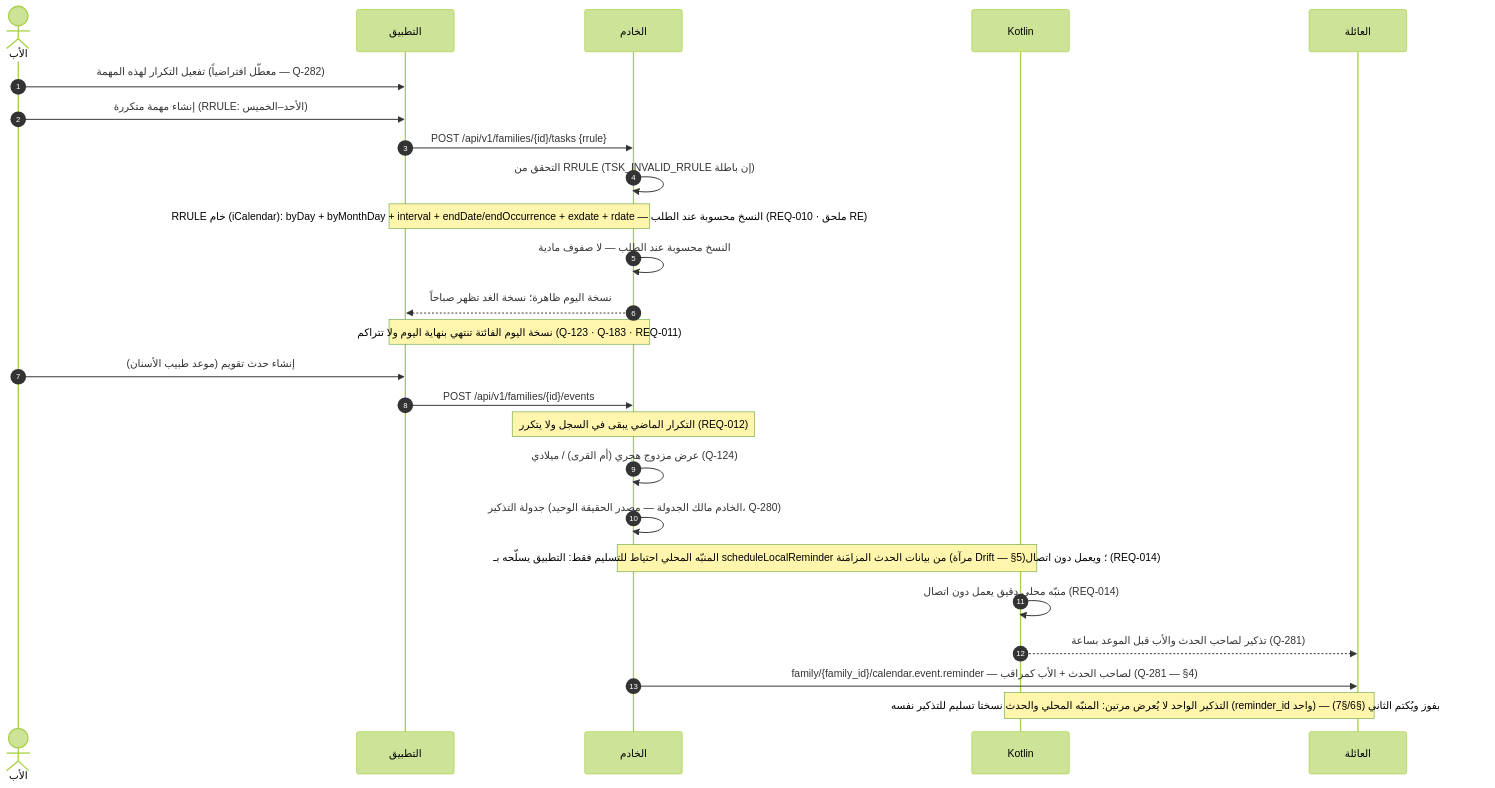
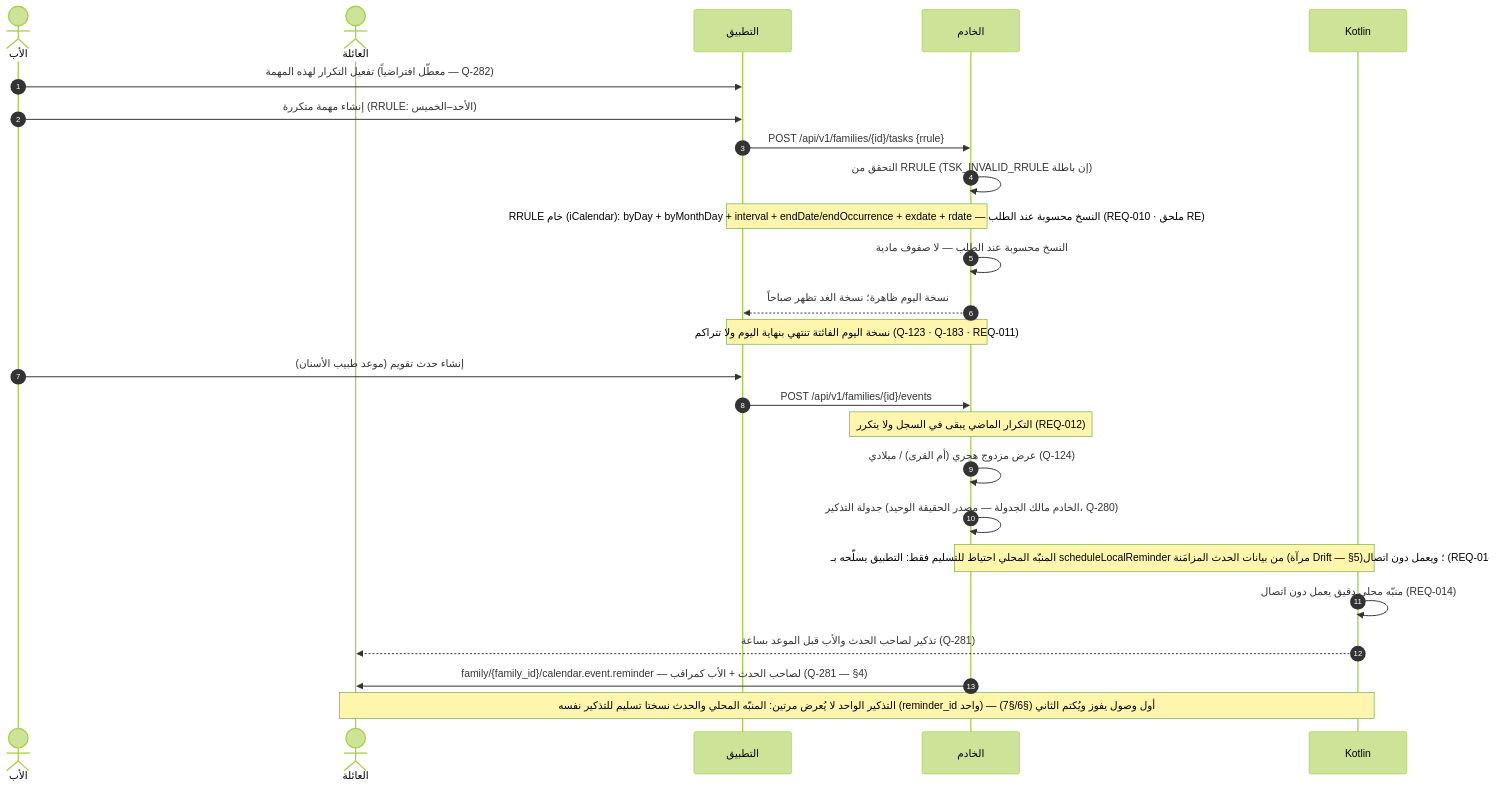
Before and after one commit to Bassam-mohammed-alqaeadi/family-os-v2: the ninth of 22 diagrams in docs/family-os/governance/phases/phase-1/S1-06-tasks-and-calendar/DIAGRAMS.md, drawn with Mermaid (forest theme). The commit also changed other lines of this file, not shown here.

````diff
--- a/docs/family-os/governance/phases/phase-1/S1-06-tasks-and-calendar/DIAGRAMS.md
+++ b/docs/family-os/governance/phases/phase-1/S1-06-tasks-and-calendar/DIAGRAMS.md
@@ -313,27 +399,27 @@
 ```mermaid
 sequenceDiagram
     autonumber
     actor Father as الأب
+    actor Family as العائلة
     participant App as التطبيق
     participant Ktor as الخادم
     participant K as Kotlin
-    participant Family as العائلة
     Father->>App: تفعيل التكرار لهذه المهمة (معطّل افتراضياً — Q-282)
     Father->>App: إنشاء مهمة متكررة (RRULE: الأحد–الخميس)
     App->>Ktor: POST /api/v1/families/{id}/tasks {rrule}
     Ktor->>Ktor: التحقق من RRULE (TSK_INVALID_RRULE إن باطلة)
     Note over Ktor,App: RRULE خام (iCalendar): byDay + byMonthDay + interval + endDate/endOccurrence + exdate + rdate — النسخ محسوبة عند الطلب (REQ-010 · ملحق RE)
     Ktor->>Ktor: النسخ محسوبة عند الطلب — لا صفوف مادية
     Ktor-->>App: نسخة اليوم ظاهرة؛ نسخة الغد تظهر صباحاً
     Note over Ktor,App: نسخة اليوم الفائتة تنتهي بنهاية اليوم ولا تتراكم (Q-123 · Q-183 · REQ-011)
     Father->>App: إنشاء حدث تقويم (موعد طبيب الأسنان)
     App->>Ktor: POST /api/v1/families/{id}/events
     Note over Ktor: التكرار الماضي يبقى في السجل ولا يتكرر (REQ-012)
     Ktor->>Ktor: عرض مزدوج هجري (أم القرى) / ميلادي (Q-124)
     Ktor->>Ktor: جدولة التذكير (الخادم مالك الجدولة — مصدر الحقيقة الوحيد، Q-280)
     Note over Ktor,K: المنبّه المحلي احتياط للتسليم فقط: التطبيق يسلّحه بـ scheduleLocalReminder من بيانات الحدث المزامَنة (مرآة Drift — §5)؛ ويعمل دون اتصال (REQ-014)
     K->>K: منبّه محلي دقيق يعمل دون اتصال (REQ-014)
     K-->>Family: تذكير لصاحب الحدث والأب قبل الموعد بساعة (Q-281)
     Ktor->>Family: family/{family_id}/calendar.event.reminder — لصاحب الحدث + الأب كمراقب (Q-281 — §4)
     Note over K,Family: التذكير الواحد لا يُعرض مرتين: المنبّه المحلي والحدث نسختا تسليم للتذكير نفسه (reminder_id واحد) — أول وصول يفوز ويُكتم الثاني (§6/§7)
 ```
````
